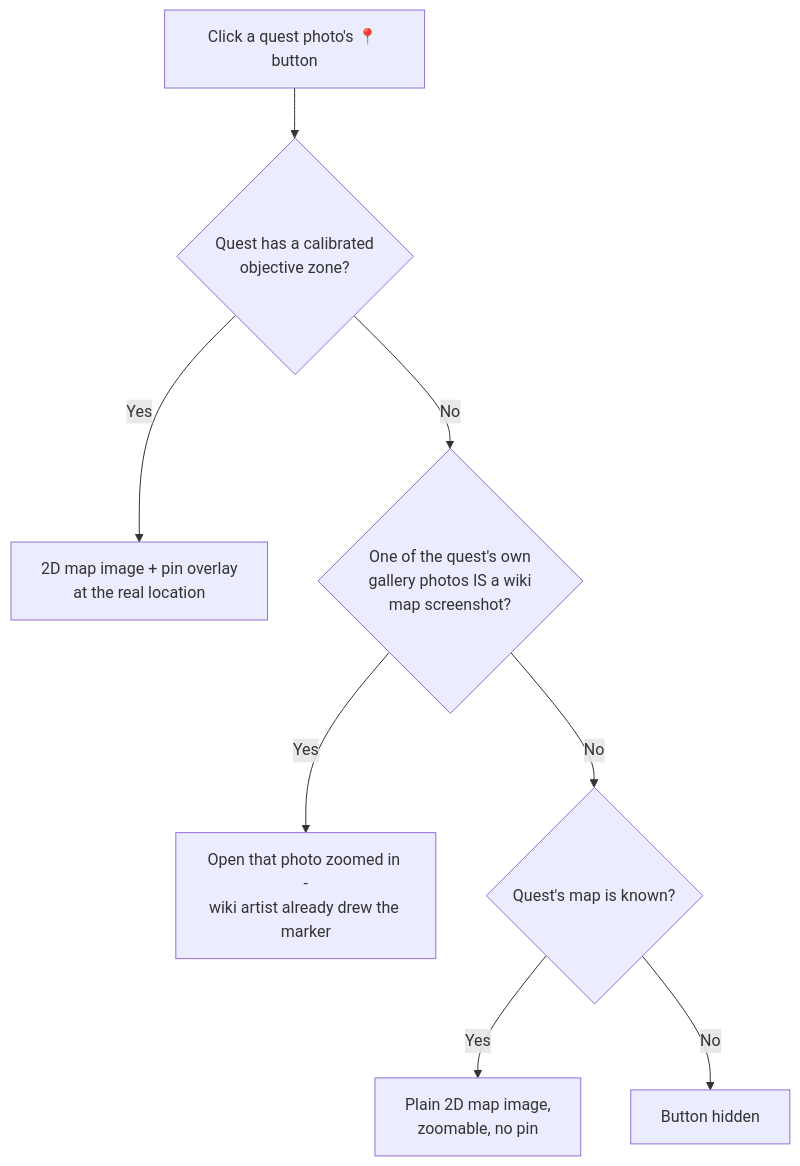
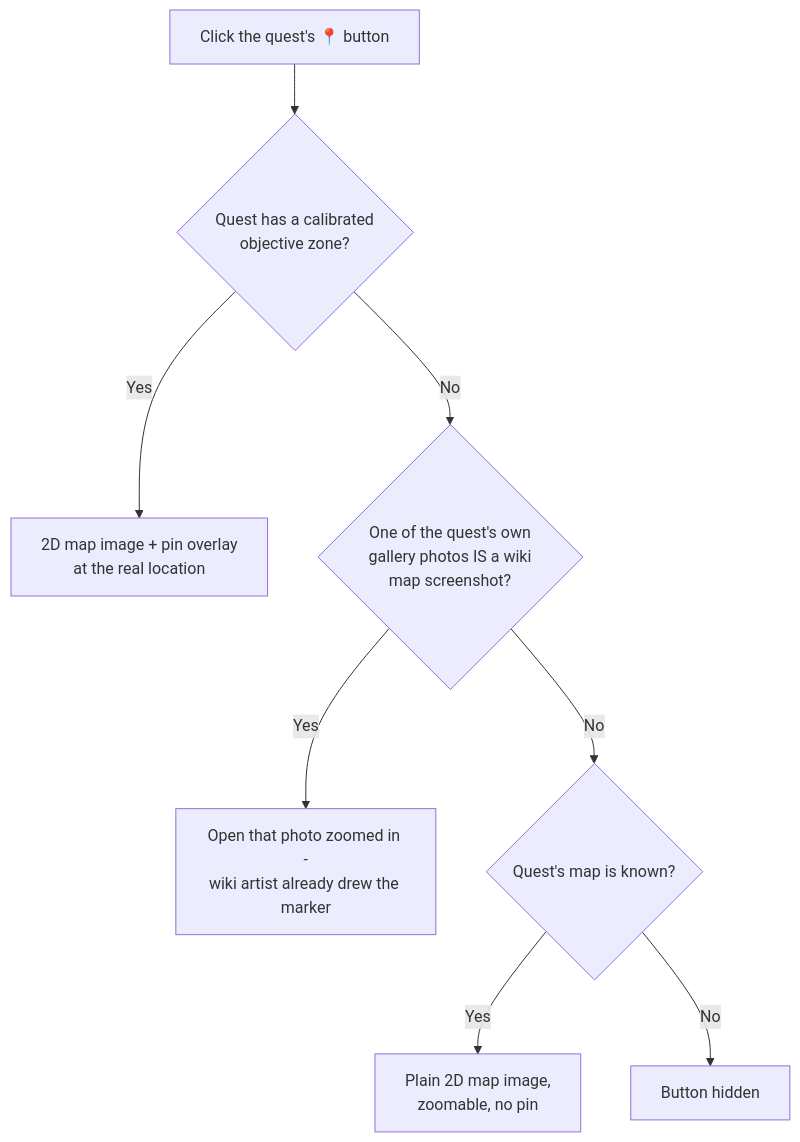
One commit to Mohib86/mohikov changed the third of 3 diagrams in NOTES.md. Above: the diagram before and after it, drawn with Mermaid. The commit also changed other lines of this file and 1 other file, not shown here.

````diff
--- a/NOTES.md
+++ b/NOTES.md
@@ -62,10 +62,10 @@
 ```mermaid
 flowchart TD
-    Btn[Click a quest photo's 📍 button] --> Zone{Quest has a calibrated<br/>objective zone?}
+    Btn[Click the quest's 📍 button] --> Zone{Quest has a calibrated<br/>objective zone?}
     Zone -->|Yes| Pin[2D map image + pin overlay<br/>at the real location]
     Zone -->|No| WikiMap{One of the quest's own<br/>gallery photos IS a wiki<br/>map screenshot?}
     WikiMap -->|Yes| WikiImg[Open that photo zoomed in -<br/>wiki artist already drew the marker]
     WikiMap -->|No| General{Quest's map is known?}
     General -->|Yes| Plain[Plain 2D map image,<br/>zoomable, no pin]
     General -->|No| Hide[Button hidden]
 ```
````
